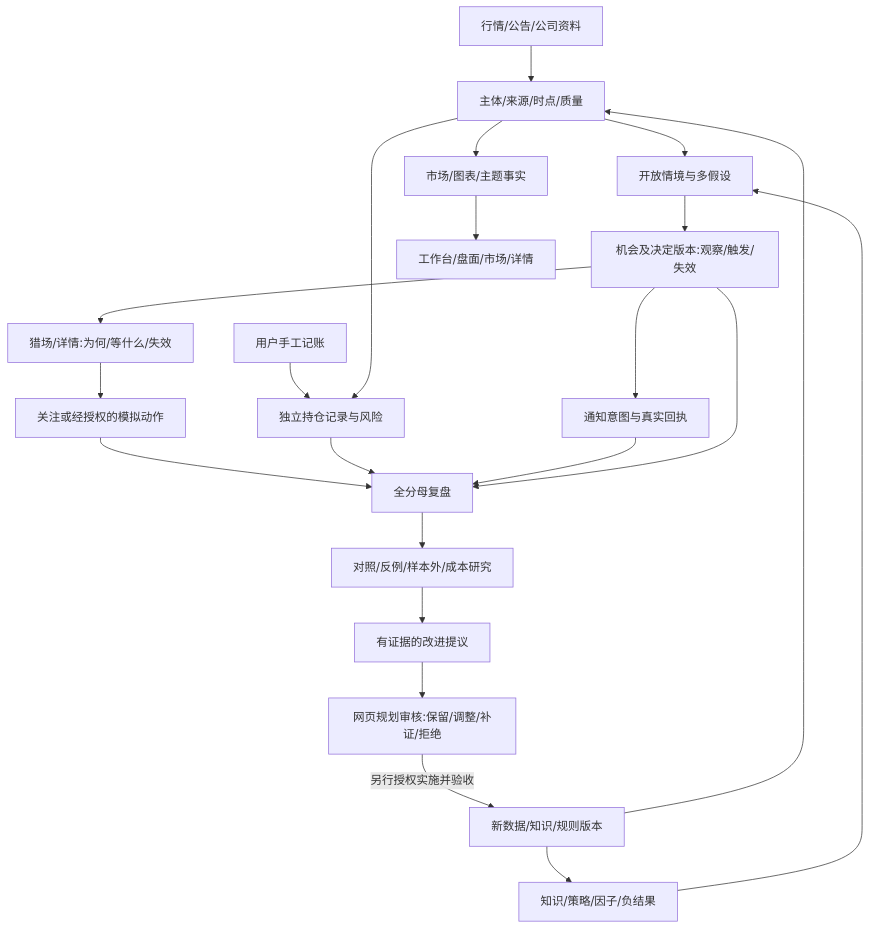
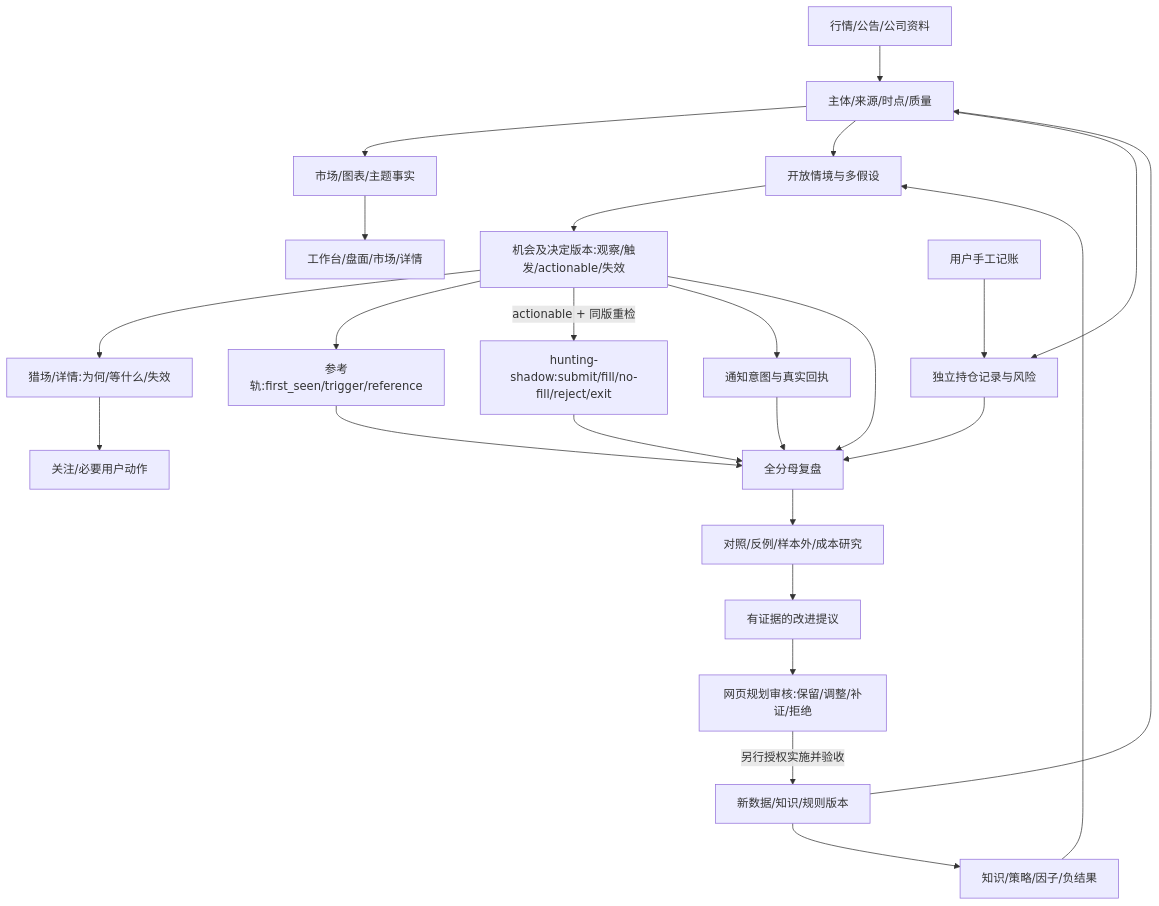
The first of 2 diagrams in docs/product/product-closure-design.md (1239890829/AI-Trading), drawn with Mermaid before and after one commit. The commit also changed other lines of this file and 18 other files, not shown here.

Commit message:
docs: define hunting shadow validation and UI governance

````diff
--- a/docs/product/product-closure-design.md
+++ b/docs/product/product-closure-design.md
@@ -108,24 +108,27 @@
 ```mermaid
 flowchart TB
  D[行情/公告/公司资料] --> Q[主体/来源/时点/质量]
  Q --> M[市场/图表/主题事实]
  K[知识/策略/因子/负结果] --> S[开放情境与多假设]
  Q --> S
- S --> O[机会及决定版本:观察/触发/失效]
+ S --> O[机会及决定版本:观察/触发/actionable/失效]
  O --> H[猎场/详情:为何/等什么/失效]
+ O --> X[参考轨:first_seen/trigger/reference]
+ O -->|actionable + 同版重检| A[hunting-shadow:submit/fill/no-fill/reject/exit]
  M --> V[工作台/盘面/市场/详情]
- H --> A[关注或经授权的模拟动作]
+ H --> F[关注/必要用户动作]
  O --> N[通知意图与真实回执]
  P[用户手工记账] --> T[独立持仓记录与风险]
  Q --> T
- A --> R[全分母复盘]
+ X --> R[全分母复盘]
+ A --> R
  T --> R
  N --> R
  O --> R
  R --> E[对照/反例/样本外/成本研究]
  E --> J[有证据的改进提议]
  J --> C[网页规划审核:保留/调整/补证/拒绝]
  C -->|另行授权实施并验收| U[新数据/知识/规则版本]
  U --> Q
  U --> K
 ```
````
